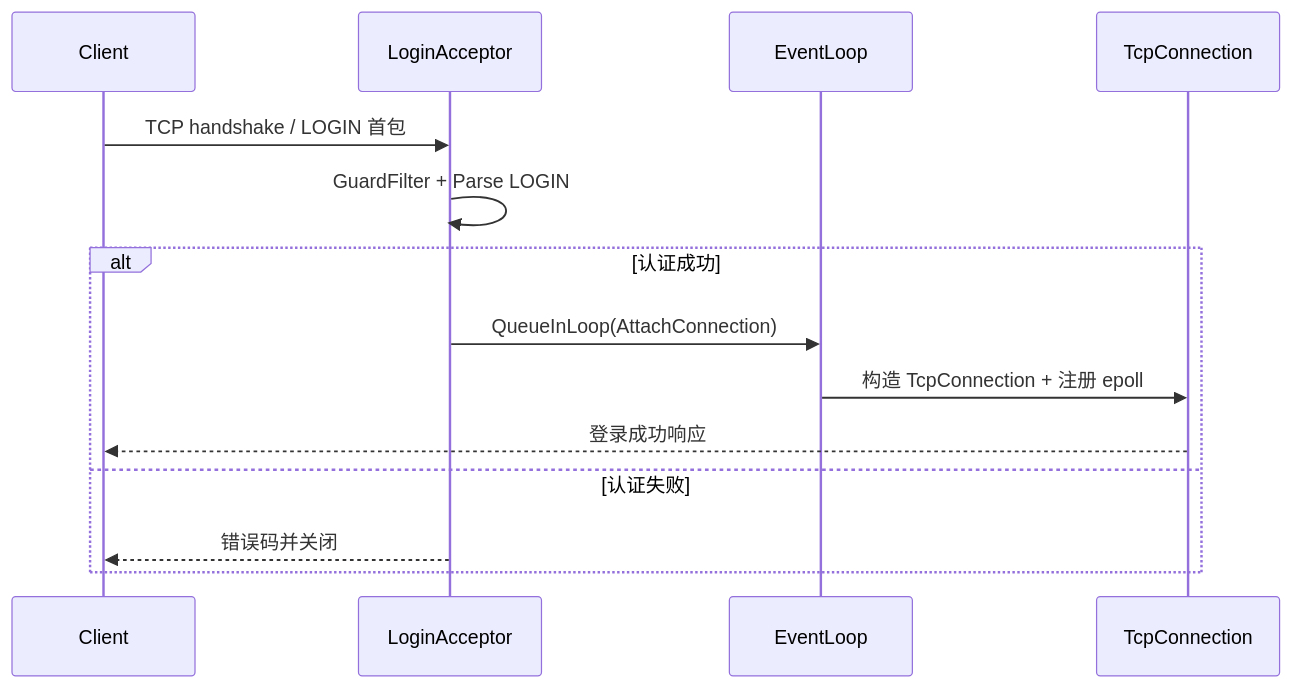
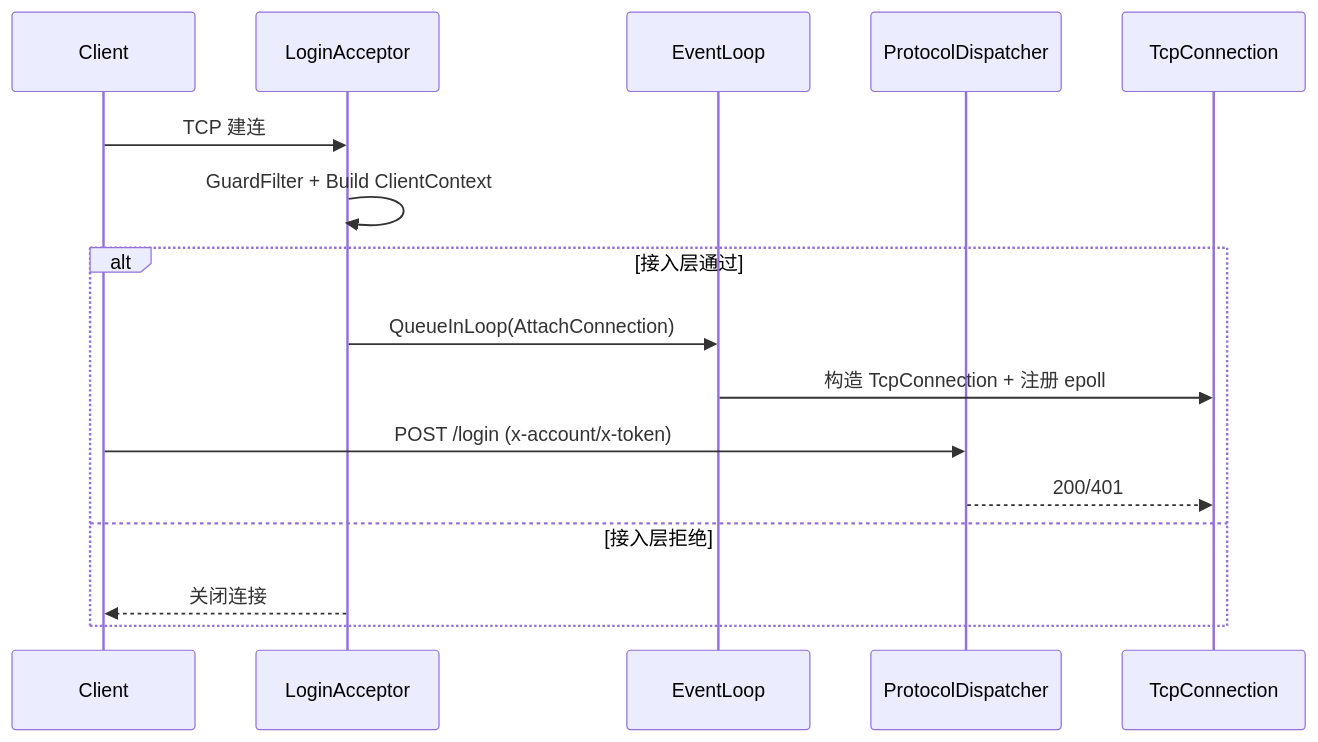
Before and after one commit to BosSCaoMa/WebGame: the second of 3 diagrams in 网络模块.md, drawn with Mermaid. The commit also changed other lines of this file and 9 other files, not shown here.

````diff
--- a/网络模块.md
+++ b/网络模块.md
@@ -588,16 +512,18 @@
 ```mermaid
 sequenceDiagram
      participant C as Client
      participant LA as LoginAcceptor
      participant EL as EventLoop
+  participant D as ProtocolDispatcher
      participant TC as TcpConnection
-     C->>LA: TCP handshake / LOGIN 首包
-     LA->>LA: GuardFilter + Parse LOGIN
-     alt 认证成功
+  C->>LA: TCP 建连
+  LA->>LA: GuardFilter + Build ClientContext
+  alt 接入层通过
           LA->>EL: QueueInLoop(AttachConnection)
           EL->>TC: 构造 TcpConnection + 注册 epoll
-          TC-->>C: 登录成功响应
-     else 认证失败
-          LA-->>C: 错误码并关闭
+    C->>D: POST /login (x-account/x-token)
+    D-->>TC: 200/401
+  else 接入层拒绝
+    LA-->>C: 关闭连接
      end
 ```
````
